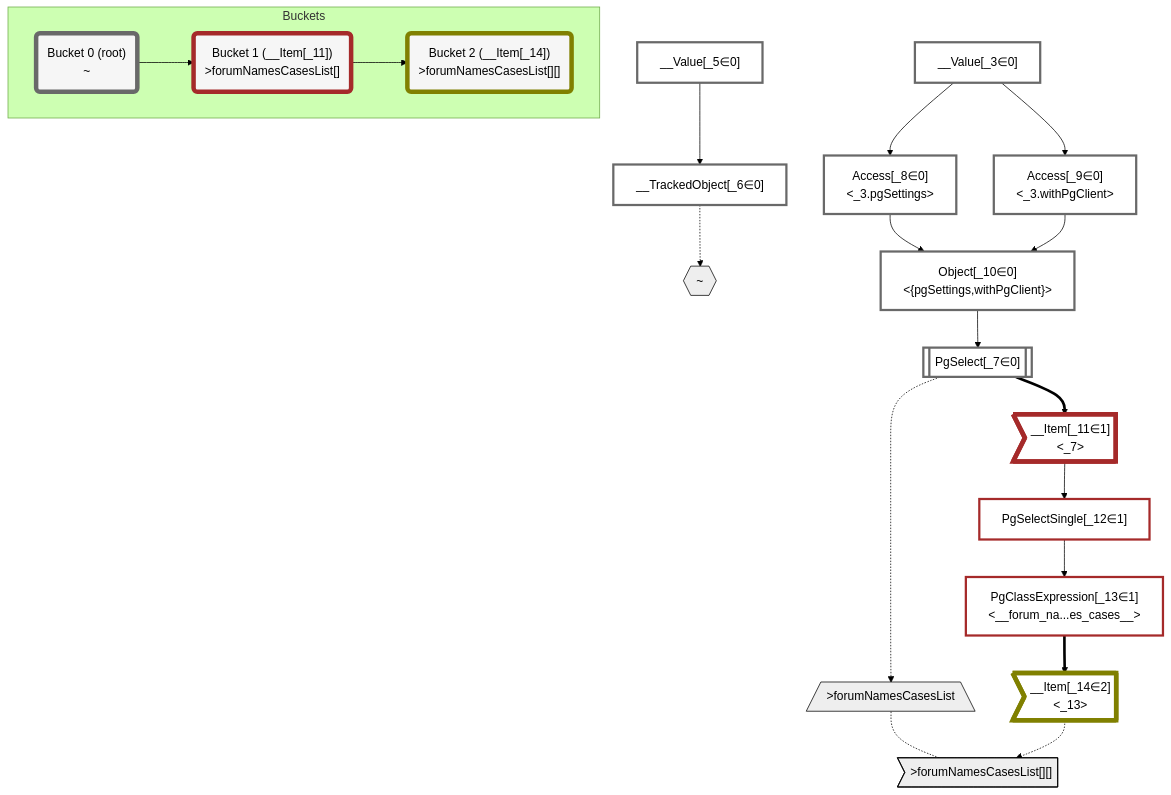
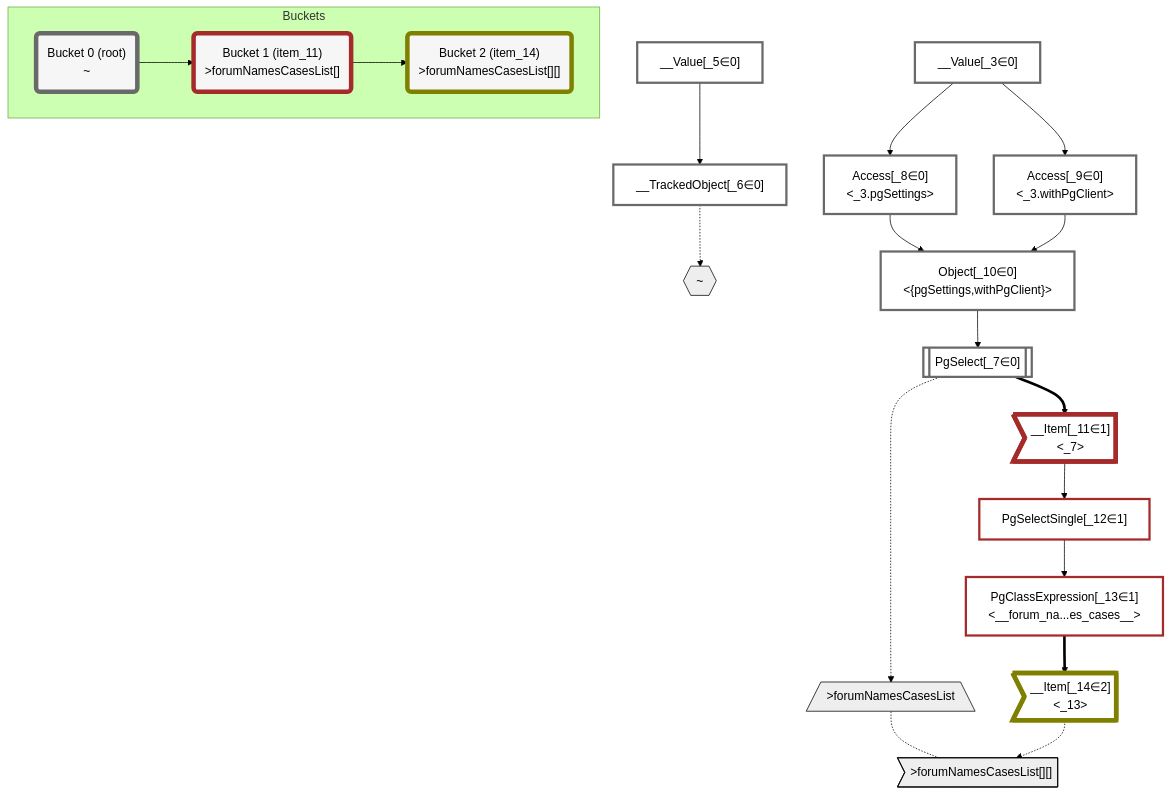
The diagram in packages/dataplan-pg/__tests__/queries/functions/custom-query-forum-names-cases.mermaid.md (graphile/crystal), drawn with Mermaid (forest theme) before and after one commit. The commit also changed 159 other files, not shown here.

````diff
--- a/packages/dataplan-pg/__tests__/queries/functions/custom-query-forum-names-cases.mermaid.md
+++ b/packages/dataplan-pg/__tests__/queries/functions/custom-query-forum-names-cases.mermaid.md
@@ -1,65 +1,65 @@
 ```mermaid
 graph TD
     classDef path fill:#eee,stroke:#000,color:#000
     classDef plan fill:#fff,stroke-width:3px,color:#000
     classDef itemplan fill:#fff,stroke-width:6px,color:#000
     classDef sideeffectplan fill:#f00,stroke-width:6px,color:#000
     classDef bucket fill:#f6f6f6,color:#000,stroke-width:6px
 
     %% subgraph fields
     P1{{"~"}}:::path
     P2[/">forumNamesCasesList"\]:::path
     P3>">forumNamesCasesList[][]"]:::path
     P2 -.- P3
     %% P1 -.-> P2
     %% end
 
     %% define plans
     __Value_3["__Value[_3∈0]<br /><context>"]:::plan
     __Value_5["__Value[_5∈0]<br /><rootValue>"]:::plan
     __TrackedObject_6["__TrackedObject[_6∈0]"]:::plan
     PgSelect_7[["PgSelect[_7∈0]<br /><forum_names_cases>"]]:::plan
     Access_8["Access[_8∈0]<br /><_3.pgSettings>"]:::plan
     Access_9["Access[_9∈0]<br /><_3.withPgClient>"]:::plan
     Object_10["Object[_10∈0]<br /><{pgSettings,withPgClient}>"]:::plan
     __Item_11>"__Item[_11∈1]<br /><_7>"]:::itemplan
     PgSelectSingle_12["PgSelectSingle[_12∈1]<br /><forum_names_cases>"]:::plan
     PgClassExpression_13["PgClassExpression[_13∈1]<br /><__forum_na...es_cases__>"]:::plan
     __Item_14>"__Item[_14∈2]<br /><_13>"]:::itemplan
 
     %% plan dependencies
     __Value_5 --> __TrackedObject_6
     Object_10 --> PgSelect_7
     __Value_3 --> Access_8
     __Value_3 --> Access_9
     Access_8 --> Object_10
     Access_9 --> Object_10
     PgSelect_7 ==> __Item_11
     __Item_11 --> PgSelectSingle_12
     PgSelectSingle_12 --> PgClassExpression_13
     PgClassExpression_13 ==> __Item_14
 
     %% plan-to-path relationships
     __TrackedObject_6 -.-> P1
     PgSelect_7 -.-> P2
     __Item_14 -.-> P3
 
     %% allocate buckets
     classDef bucket0 stroke:#696969
     class __Value_3,__Value_5,__TrackedObject_6,PgSelect_7,Access_8,Access_9,Object_10 bucket0
     classDef bucket1 stroke:#a52a2a
     class __Item_11,PgSelectSingle_12,PgClassExpression_13 bucket1
     classDef bucket2 stroke:#808000
     class __Item_14 bucket2
 
     subgraph Buckets
     Bucket0("Bucket 0 (root)<br />~"):::bucket
     style Bucket0 stroke:#696969
-    Bucket1("Bucket 1 (__Item[_11])<br />>forumNamesCasesList[]"):::bucket
+    Bucket1("Bucket 1 (item_11)<br />>forumNamesCasesList[]"):::bucket
     style Bucket1 stroke:#a52a2a
     Bucket0 --> Bucket1
-    Bucket2("Bucket 2 (__Item[_14])<br />>forumNamesCasesList[][]"):::bucket
+    Bucket2("Bucket 2 (item_14)<br />>forumNamesCasesList[][]"):::bucket
     style Bucket2 stroke:#808000
     Bucket1 --> Bucket2
     end
 ```
````
